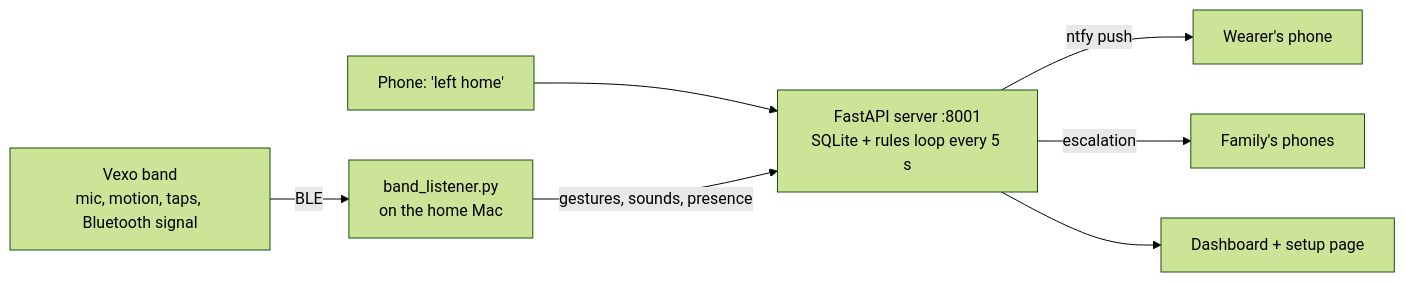
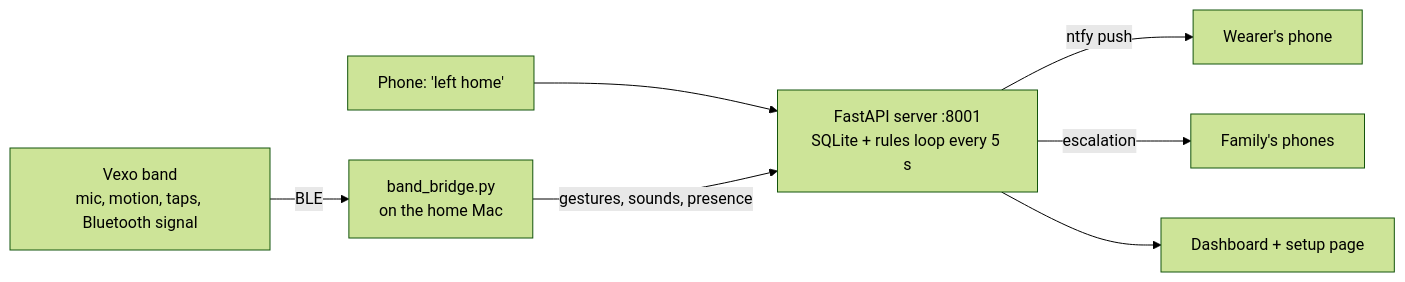
One commit to coh11/memory-band changed the diagram in README.md. Above: the diagram before and after it, drawn with Mermaid (forest theme). The commit also changed other lines of this file and 40 other files, not shown here.

````diff
--- a/README.md
+++ b/README.md
@@ -31,9 +31,9 @@
 ```mermaid
 flowchart LR
-  BAND["Vexo band<br/>mic, motion, taps, Bluetooth signal"] -->|BLE| L["band_listener.py<br/>on the home Mac"]
+  BAND["Vexo band<br/>mic, motion, taps, Bluetooth signal"] -->|BLE| L["band_bridge.py<br/>on the home Mac"]
   PHONE["Phone: 'left home'"] --> API
   L -->|gestures, sounds, presence| API["FastAPI server :8001<br/>SQLite + rules loop every 5 s"]
   API -->|ntfy push| W["Wearer's phone"]
   API -->|escalation| F["Family's phones"]
   API --> D["Dashboard + setup page"]
 ```
````
